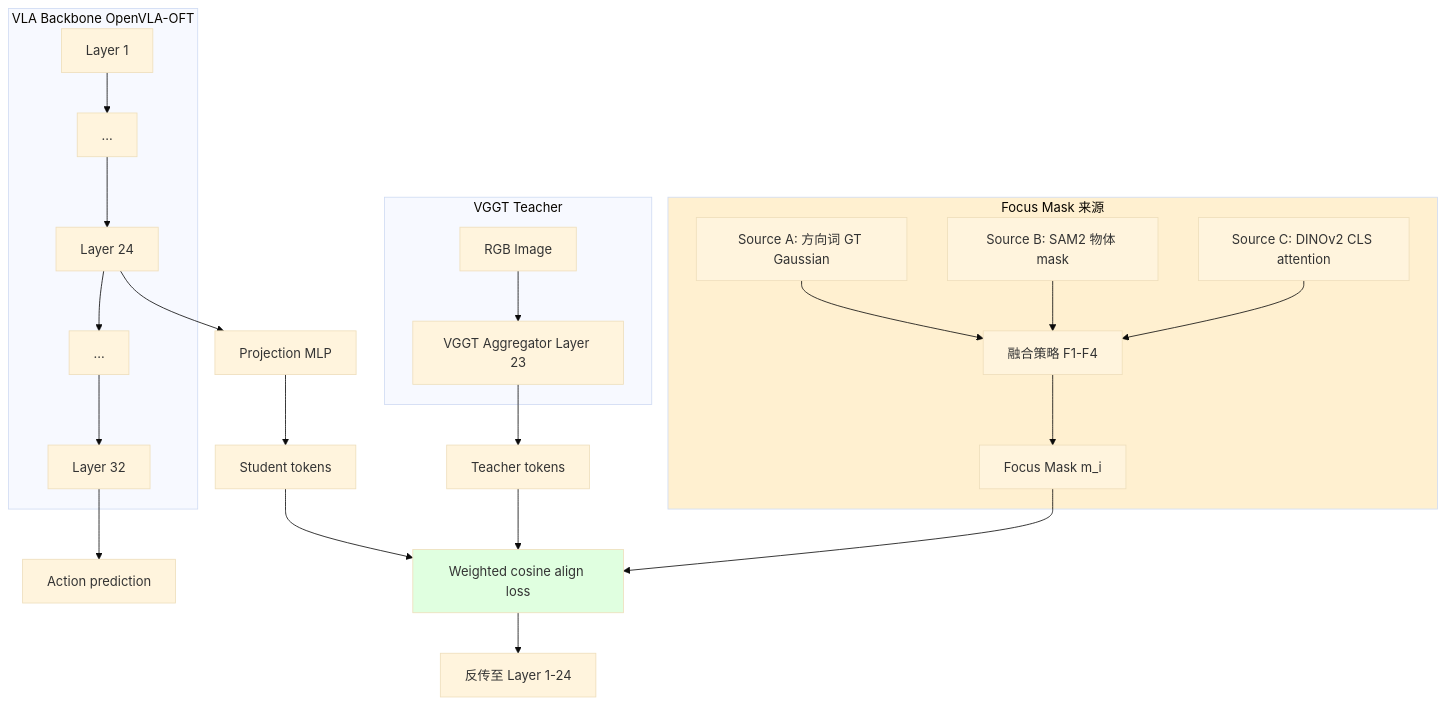
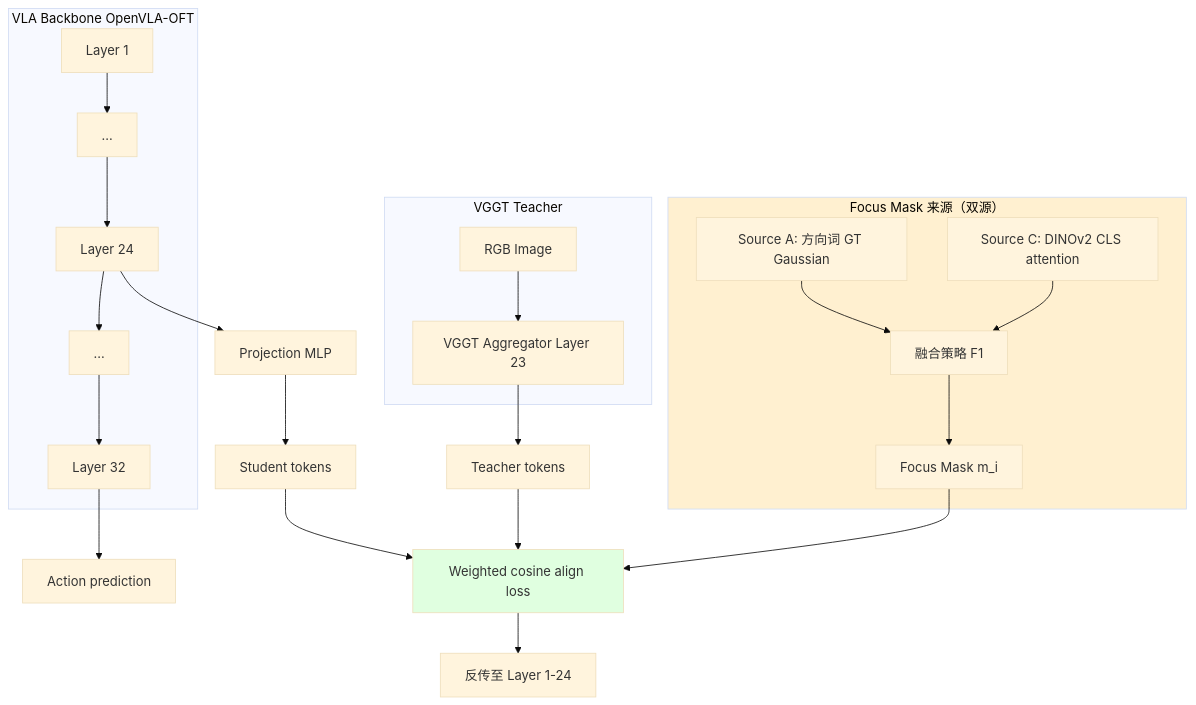
One commit to T1doo/Research-of-T1doo changed the fourth of 4 diagrams in 曦源项目/版本二plus/研究报告/03_FocusVLA_中_VGGT_用法剖析.md. Above: the diagram before and after it, drawn with Mermaid (base theme). The commit also changed 18 other files, not shown here.

````diff
--- a/曦源项目/版本二plus/研究报告/03_FocusVLA_中_VGGT_用法剖析.md
+++ b/曦源项目/版本二plus/研究报告/03_FocusVLA_中_VGGT_用法剖析.md
@@ -578,30 +578,29 @@
 ```mermaid
 flowchart TD
   subgraph VLA[VLA Backbone OpenVLA-OFT]
     L1[Layer 1] --> Lk[...] --> L24[Layer 24]
     L24 --> Lm[...] --> L32[Layer 32]
   end
 
   L32 --> Action[Action prediction]
 
   subgraph VGGTBranch[VGGT Teacher]
     Img[RGB Image] --> VGGT[VGGT Aggregator Layer 23]
   end
 
-  subgraph FocusMask[Focus Mask 来源]
+  subgraph FocusMask[Focus Mask 来源（双源）]
     A[Source A: 方向词 GT Gaussian]
-    B[Source B: SAM2 物体 mask]
     C[Source C: DINOv2 CLS attention]
-    A & B & C --> Fuse[融合策略 F1-F4]
+    A & C --> Fuse[融合策略 F1]
     Fuse --> Mask[Focus Mask m_i]
   end
 
   L24 --> Proj[Projection MLP]
   VGGT --> Z_T[Teacher tokens]
   Proj --> Z_S[Student tokens]
   Z_S & Z_T & Mask --> WAlign[Weighted cosine align loss]
   WAlign --> Grad[反传至 Layer 1-24]
 
   style FocusMask fill:#fff0d0
   style WAlign fill:#e0ffe0
 ```
````
